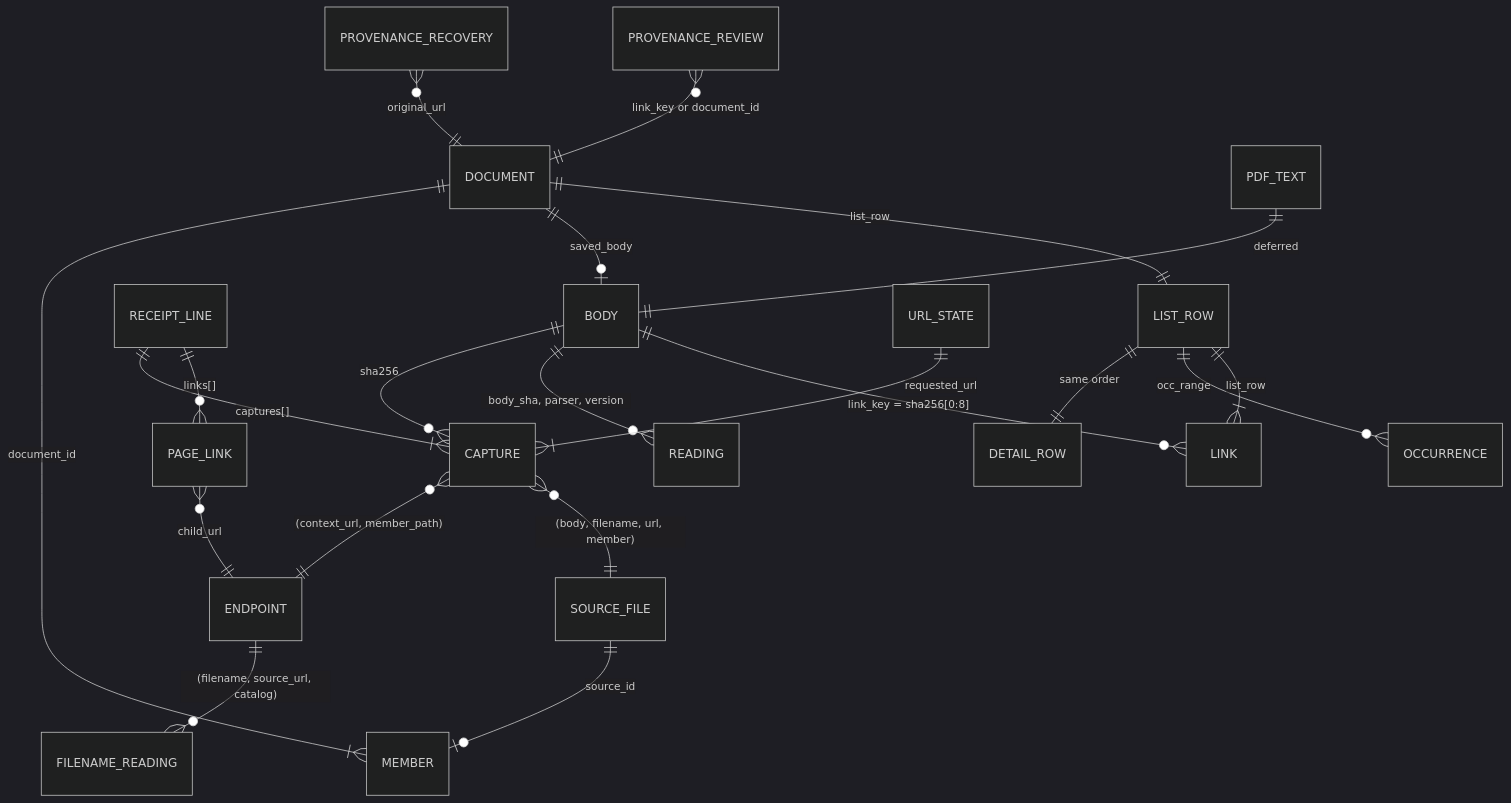
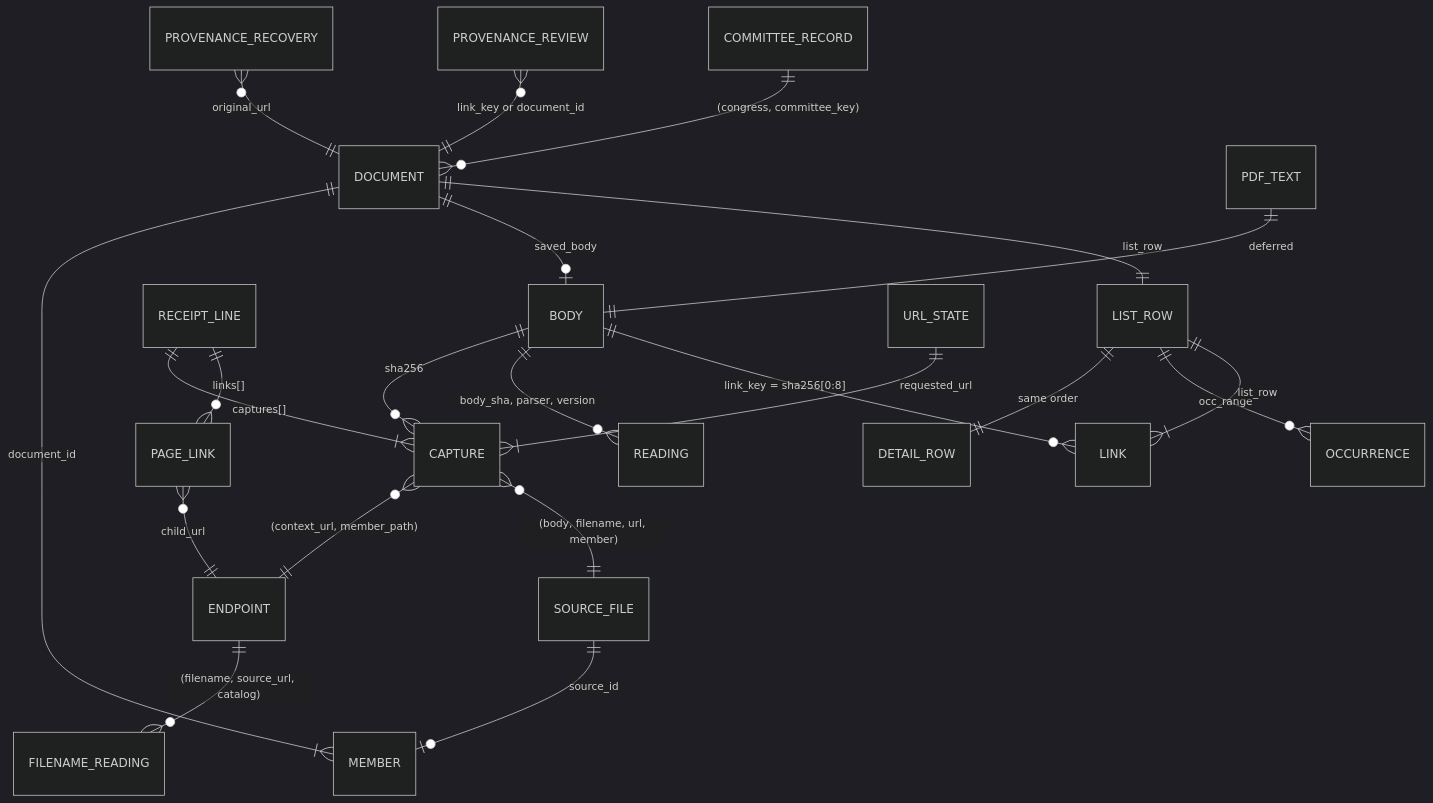
One commit to civictechdc/congressional-tech changed the diagram in docs/engine-first-data-model.md. Above: the diagram before and after it, drawn with Mermaid (dark theme). The commit also changed other lines of this file and 3 other files, not shown here.

````diff
--- a/docs/engine-first-data-model.md
+++ b/docs/engine-first-data-model.md
@@ -491,23 +515,24 @@
 ```mermaid
 erDiagram
   BODY ||--o{ CAPTURE : "sha256"
   RECEIPT_LINE ||--|{ CAPTURE : "captures[]"
   RECEIPT_LINE ||--o{ PAGE_LINK : "links[]"
   CAPTURE }o--|| ENDPOINT : "(context_url, member_path)"
   PAGE_LINK }o--|| ENDPOINT : "child_url"
   BODY ||--o{ READING : "body_sha, parser, version"
   ENDPOINT ||--o{ FILENAME_READING : "(filename, source_url, catalog)"
   CAPTURE }o--|| SOURCE_FILE : "(body, filename, url, member)"
   SOURCE_FILE ||--o| MEMBER : "source_id"
   DOCUMENT ||--|{ MEMBER : "document_id"
   DOCUMENT ||--o| BODY : "saved_body"
   DOCUMENT ||--|| LIST_ROW : "list_row"
   LIST_ROW ||--|| DETAIL_ROW : "same order"
   LIST_ROW ||--o{ OCCURRENCE : "occ_range"
   LIST_ROW ||--|{ LINK : "list_row"
   BODY ||--o{ LINK : "link_key = sha256[0:8]"
   PROVENANCE_RECOVERY }o--|| DOCUMENT : "original_url"
   PROVENANCE_REVIEW }o--|| DOCUMENT : "link_key or document_id"
   URL_STATE ||--|{ CAPTURE : "requested_url"
   PDF_TEXT ||--|| BODY : "deferred"
+  COMMITTEE_RECORD ||--o{ DOCUMENT : "(congress, committee_key)"
 ```
````
